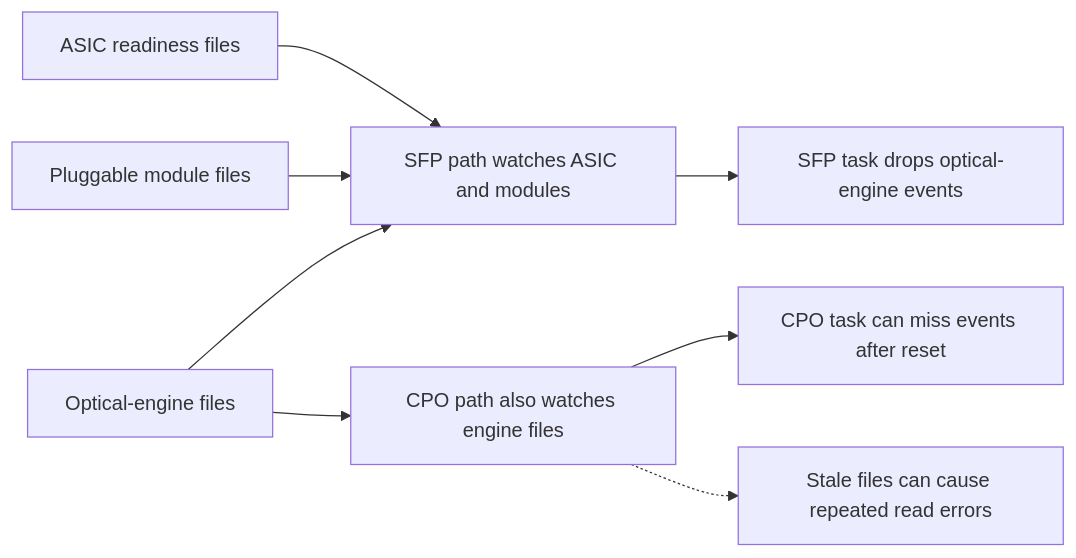
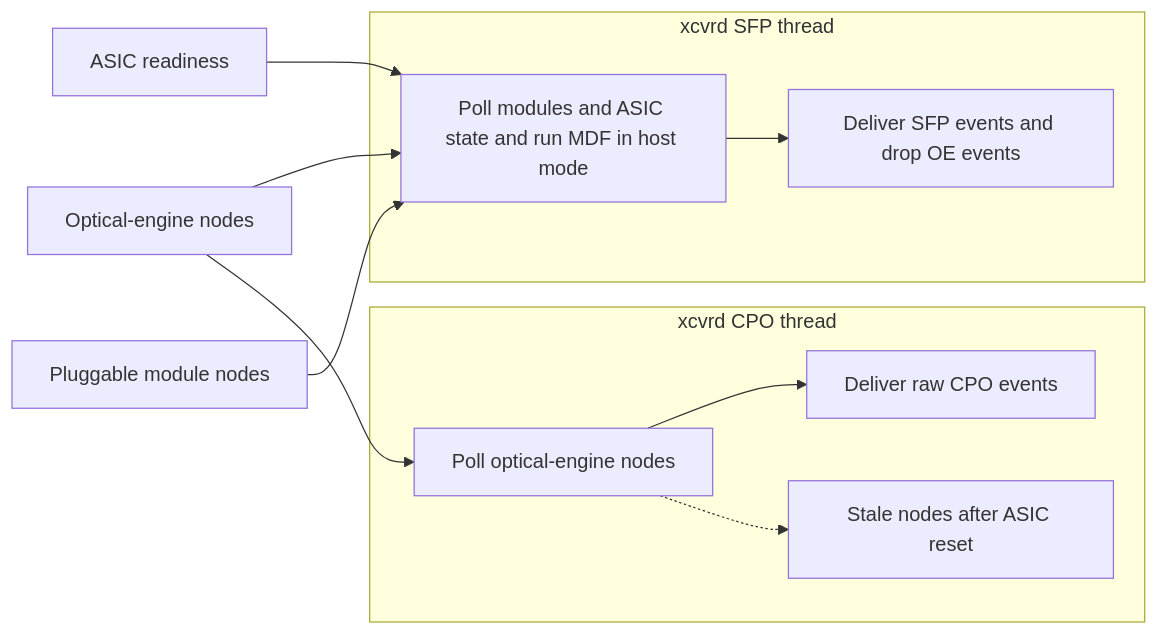
Before and after one commit to sonic-net/SONiC: the first of 2 diagrams in doc/module-change-event-refactor/module-change-event-refactor-hld.md, drawn with Mermaid. The commit also changed other lines of this file, not shown here.

First line of the commit message:
doc: Clarify module event polling and observer roles

````diff
--- a/doc/module-change-event-refactor/module-change-event-refactor-hld.md
+++ b/doc/module-change-event-refactor/module-change-event-refactor-hld.md
@@ -72,10 +81,14 @@
 ```mermaid
 flowchart LR
-    ASIC["ASIC readiness files"] --> SFP["SFP path watches ASIC and modules"]
-    PLUG["Pluggable module files"] --> SFP
-    OE["Optical-engine files"] --> SFP
-    OE --> CPO["CPO path also watches engine files"]
-    SFP --> SOUT["SFP task drops optical-engine events"]
-    CPO --> COUT["CPO task can miss events after reset"]
-    CPO -.-> ERROR["Stale files can cause repeated read errors"]
+    ASIC["ASIC readiness"] --> SFP_POLL
+    MOD["Pluggable module nodes"] --> SFP_POLL
+    OE["Optical-engine nodes"] --> SFP_POLL
+    OE --> CPO_POLL
+    subgraph SFP["xcvrd SFP thread"]
+        SFP_POLL["Poll modules and ASIC state and run MDF in host mode"] --> SFP_DELIVER["Deliver SFP events and drop OE events"]
+    end
+    subgraph CPO["xcvrd CPO thread"]
+        CPO_POLL["Poll optical-engine nodes"] --> CPO_DELIVER["Deliver raw CPO events"]
+        CPO_POLL -.-> STALE["Stale nodes after ASIC reset"]
+    end
 ```
````
